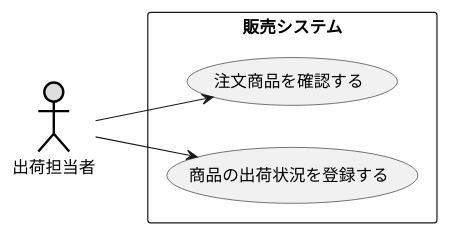
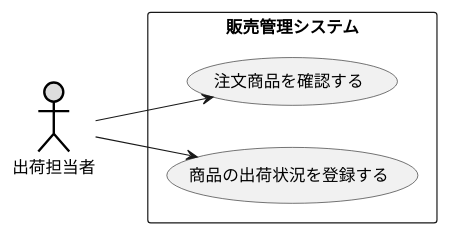
The diagram in 演習2-5_盛岡商事_販売管理システム.pu (allface017/uml-introduction), drawn with PlantUML before and after one commit.

Commit message:
演習2-5

```diff
--- a/演習2-5_盛岡商事_販売管理システム.pu
+++ b/演習2-5_盛岡商事_販売管理システム.pu
@@ -1,16 +1,16 @@
 @startuml 例題3
 left to right direction
 
 actor 出荷担当者 as you #DDDDDD;line:black;line.bold;
 
-rectangle 販売システム {
+rectangle 販売管理システム {
 usecase 注文商品を確認する as A
 usecase 商品の出荷状況を登録する as B
 
 }
 
 
 you -->  A 
 you --> B 
 
 @enduml
```
